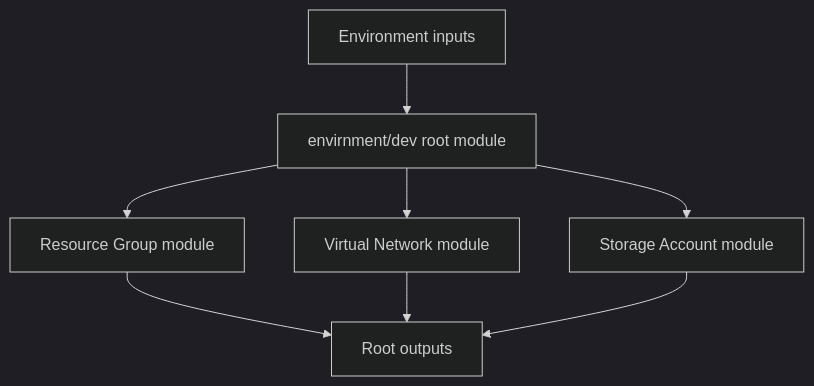
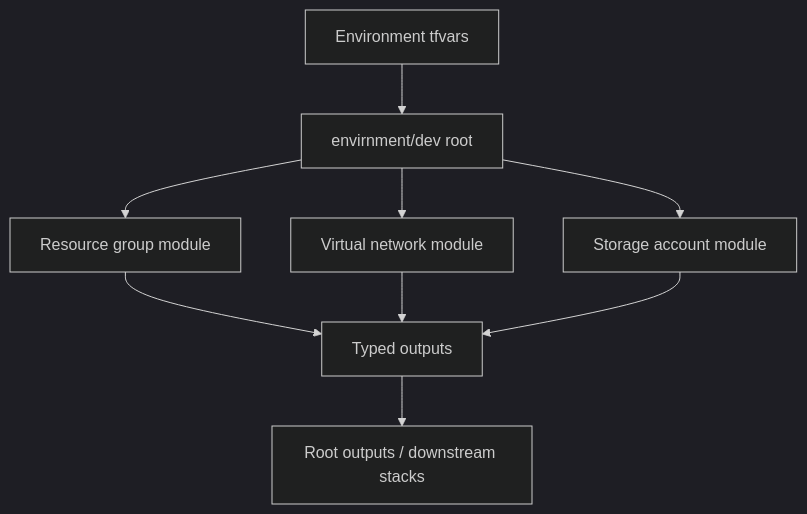
One commit to haqueamir70-coder/terraform-extend changed the diagram in README.md. Above: the diagram before and after it, drawn with Mermaid (dark theme). The commit also changed other lines of this file, not shown here.

````diff
--- a/README.md
+++ b/README.md
@@ -23,10 +26,11 @@
 ```mermaid
 flowchart TB
-  Vars[Environment inputs] --> Root[envirnment/dev root module]
-  Root --> RG[Resource Group module]
-  Root --> VNet[Virtual Network module]
-  Root --> Storage[Storage Account module]
-  RG --> Outputs[Root outputs]
-  VNet --> Outputs
-  Storage --> Outputs
+  Inputs[Environment tfvars] --> Root[envirnment/dev root]
+  Root --> RG[Resource group module]
+  Root --> VNet[Virtual network module]
+  Root --> Storage[Storage account module]
+  RG --> IDs[Typed outputs]
+  VNet --> IDs
+  Storage --> IDs
+  IDs --> Consumers[Root outputs / downstream stacks]
 ```
````
